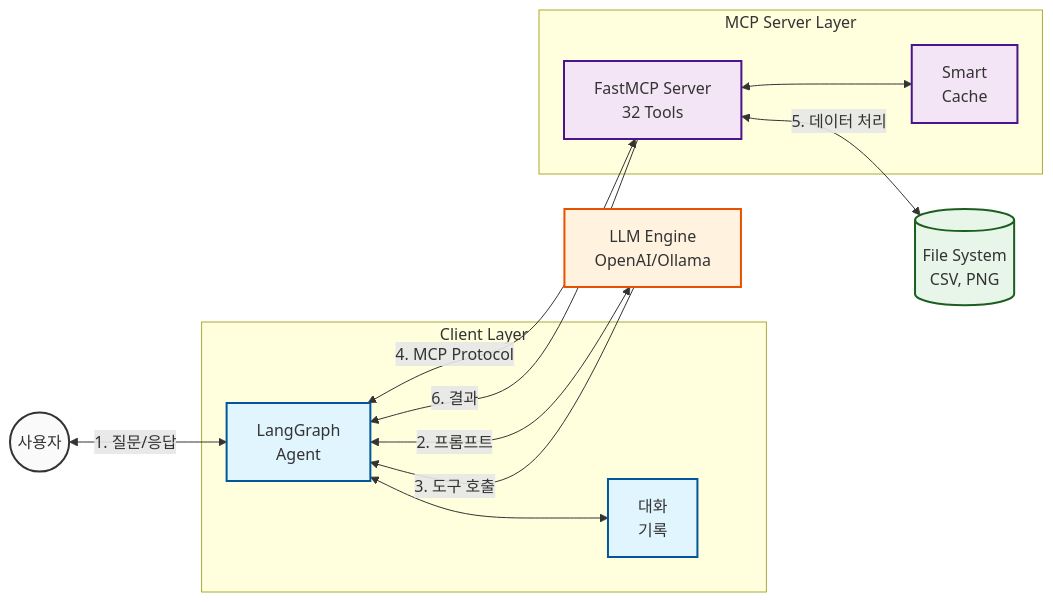
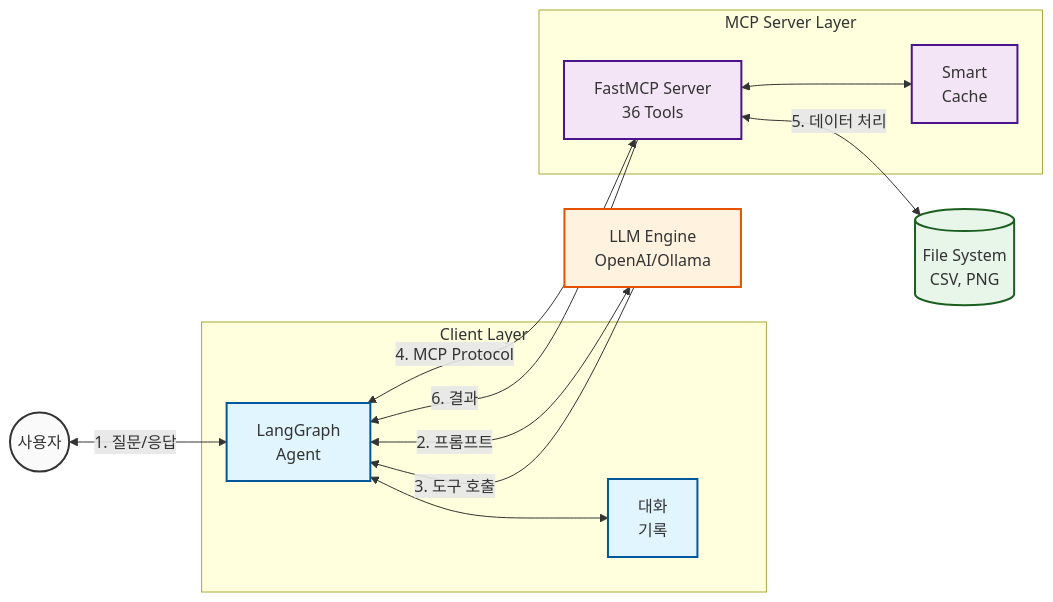
The diagram in README.md (chaeminyoon/Data-Analyze-MCP), drawn with Mermaid before and after one commit. The commit also changed other lines of this file and 6 other files, not shown here.

First line of the commit message:
feat: auto visualization — recommend the right chart for any dataset and render it

````diff
--- a/README.md
+++ b/README.md
@@ -15,40 +15,40 @@
 ```mermaid
 graph LR
     %% Styles
     classDef blue fill:#e1f5fe,stroke:#01579b,stroke-width:2px
     classDef purple fill:#f3e5f5,stroke:#4a148c,stroke-width:2px
     classDef orange fill:#fff3e0,stroke:#e65100,stroke-width:2px
     classDef green fill:#e8f5e9,stroke:#1b5e20,stroke-width:2px
     classDef gray fill:#fafafa,stroke:#333,stroke-width:2px
 
     User((사용자))
     
     subgraph Client [Client Layer]
         Agent[LangGraph<br/>Agent]
         Hist[대화<br/>기록]
     end
     
     LLM[LLM Engine<br/>OpenAI/Ollama]
     
     subgraph MCPLayer [MCP Server Layer]
-        Server[FastMCP Server<br/>32 Tools]
+        Server[FastMCP Server<br/>36 Tools]
         Cache[Smart<br/>Cache]
     end
     
     Files[(File System<br/>CSV, PNG)]
 
     User <-->|1. 질문/응답| Agent
     Agent <--> Hist
     Agent <-->|2. 프롬프트| LLM
     LLM -->|3. 도구 호출| Agent
     Agent <-->|4. MCP Protocol| Server
     Server <--> Cache
     Server <-->|5. 데이터 처리| Files
     Server -->|6. 결과| Agent
 
     class User gray
     class Agent,Hist blue
     class LLM orange
     class Server,Cache purple
     class Files green
 ```
````
